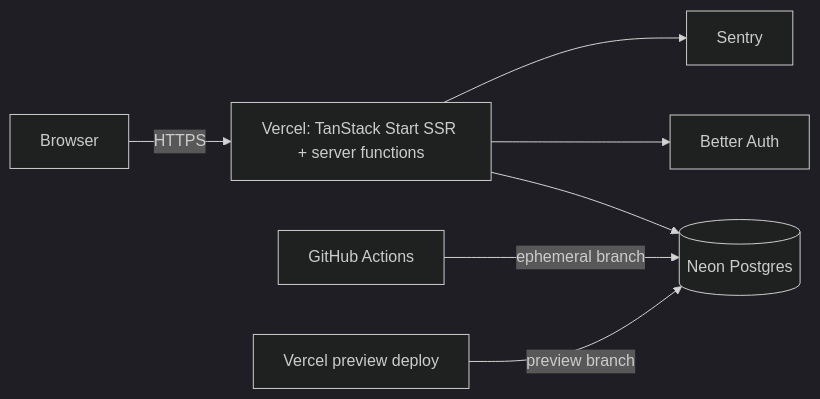
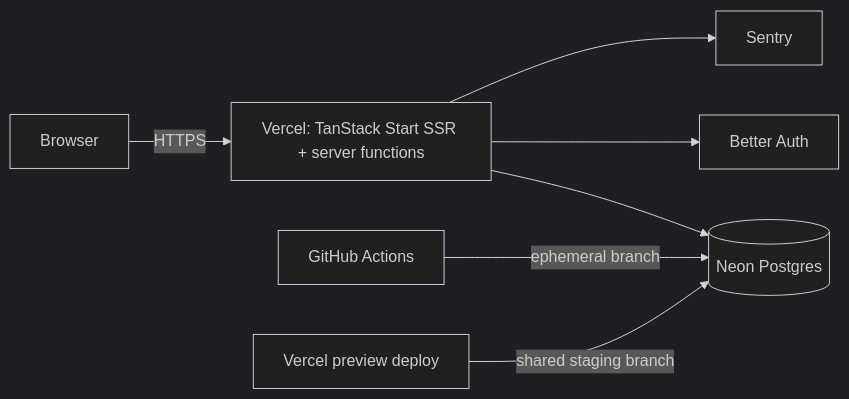
One commit to semenidov/tanstack-todo changed the diagram in README.md. Above: the diagram before and after it, drawn with Mermaid (dark theme). The commit also changed other lines of this file and 2 other files, not shown here.

Commit message:
docs: shared staging for previews, migrated by the preview build

````diff
--- a/README.md
+++ b/README.md
@@ -38,9 +38,9 @@
 ```mermaid
 flowchart LR
     Browser -->|HTTPS| Vercel[Vercel: TanStack Start SSR + server functions]
     Vercel --> Neon[(Neon Postgres)]
     Vercel --> BetterAuth[Better Auth]
     Vercel --> Sentry[Sentry]
     GHA[GitHub Actions] -->|ephemeral branch| Neon
-    VercelPreview[Vercel preview deploy] -->|preview branch| Neon
+    VercelPreview[Vercel preview deploy] -->|shared staging branch| Neon
 ```
````
